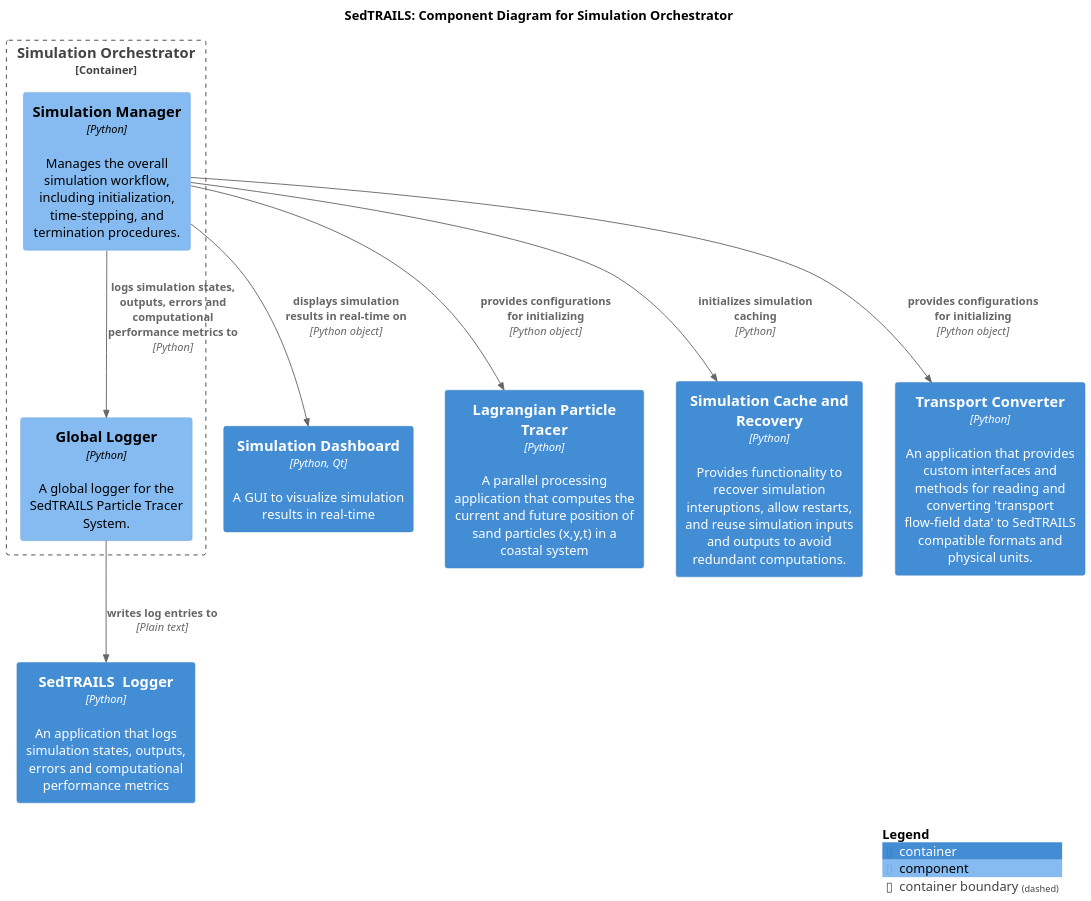
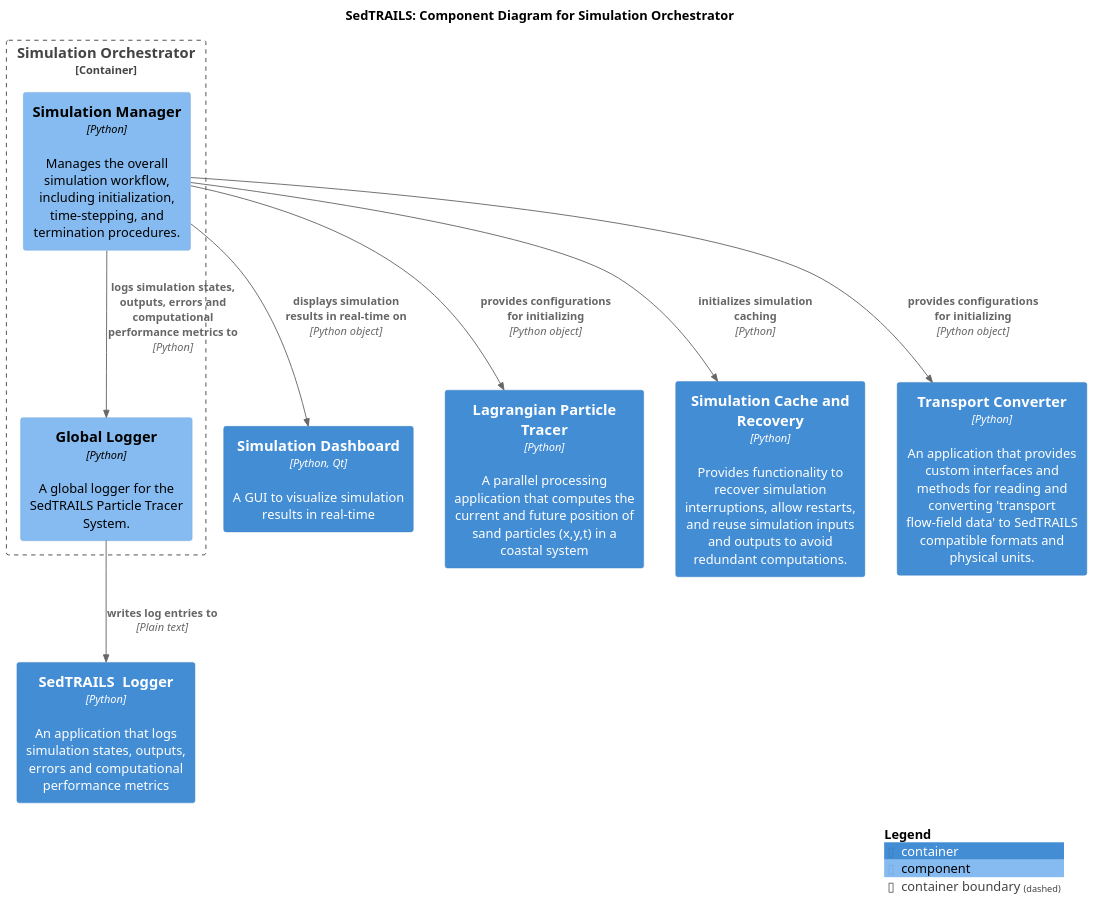
The diagram in diagrams/components-sim-orchestrator.puml (sgpearson17/sedtrails-sgp), drawn with PlantUML before and after one commit. The commit also changed 7 other files, not shown here.

Commit message:
docs: correct typos and improve clarity in component diagrams

```diff
--- a/diagrams/components-sim-orchestrator.puml
+++ b/diagrams/components-sim-orchestrator.puml
@@ -1,30 +1,30 @@
 @startuml SedtrailComponentsConfigurationInterface
 !include ./c4/C4_Component.puml
 
 ' LAYOUT_LANDSCAPE()
 
 title SedTRAILS: Component Diagram for Simulation Orchestrator
 scale 1.5
 
 Container(simulationDashboard, "Simulation Dashboard", "Python, Qt", "A GUI to visualize simulation results in real-time")
 Container(sedtrailsTracer, "Lagrangian Particle Tracer", "Python", "A parallel processing application that computes the current and future position of sand particles (x,y,t) in a coastal system")
-Container(cache, "Simulation Cache and Recovery", "Python", "Provides functionality to recover simulation interuptions, allow restarts, and reuse simulation inputs and outputs to avoid redundant computations.")
+Container(cache, "Simulation Cache and Recovery", "Python", "Provides functionality to recover simulation interruptions, allow restarts, and reuse simulation inputs and outputs to avoid redundant computations.")
 Container(transportConverter, "Transport Converter", "Python", "An application that provides custom interfaces and methods for reading and converting 'transport flow-field data' to SedTRAILS compatible formats and physical units.")
 Container(sedtrailsLogger, "SedTRAILS  Logger", "Python", "An application that logs simulation states, outputs, errors and computational performance metrics")
 
 Container_Boundary(simOrchestrator, "Simulation Orchestrator", "Python", "Coordinates and manages the execution of SedTRAILS simulation tasks, including initialization, time-stepping, and termination procedures."){    
     Component(simulationManager, "Simulation Manager", "Python", "Manages the overall simulation workflow, including initialization, time-stepping, and termination procedures.")
     Component(globalLogger, "Global Logger", "Python", "A global logger for the SedTRAILS Particle Tracer System.")
 
     Rel(simulationManager, globalLogger, "logs simulation states, outputs, errors and computational performance metrics to", "Python")
     Rel(globalLogger, sedtrailsLogger, "writes log entries to", "Plain text")
 }
 
 Rel(simulationManager, sedtrailsTracer, "provides configurations for initializing", "Python object")
 Rel(simulationManager, simulationDashboard, "displays simulation results in real-time on", "Python object")
 Rel(simulationManager, cache, "initializes simulation caching", "Python")
 Rel(simulationManager, transportConverter, "provides configurations for initializing", "Python object")
 
 
 SHOW_LEGEND()
 @enduml
```
